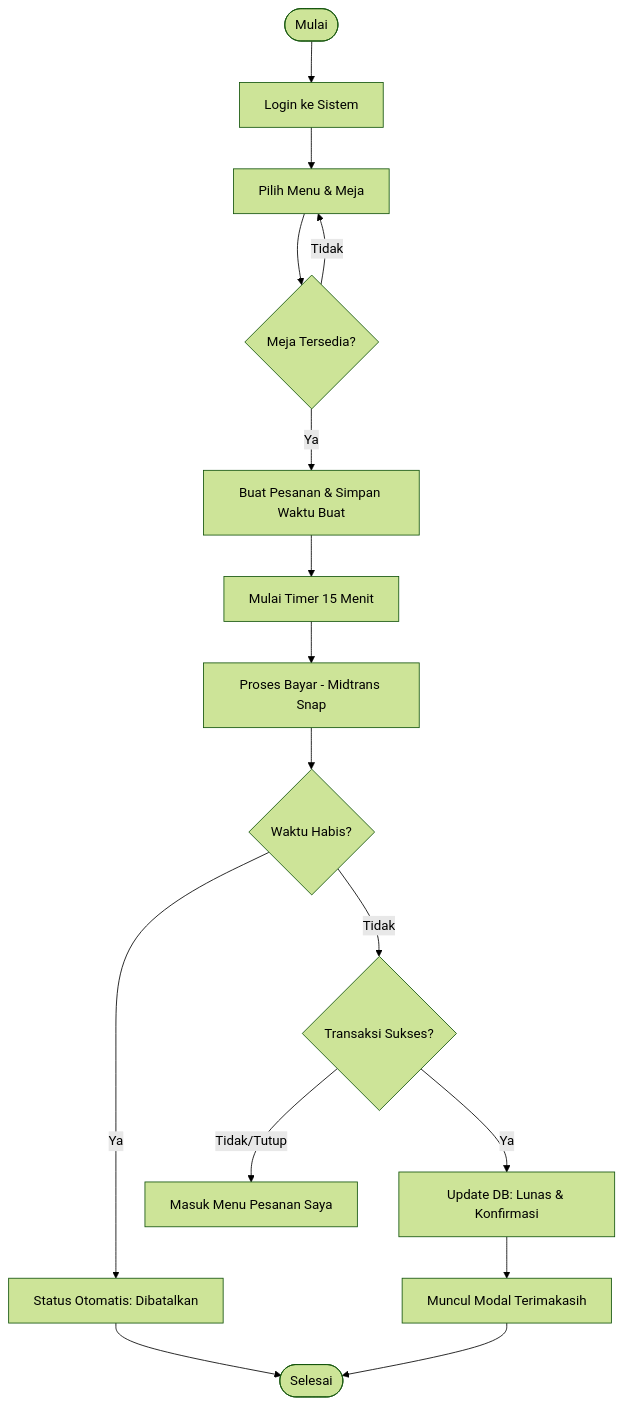
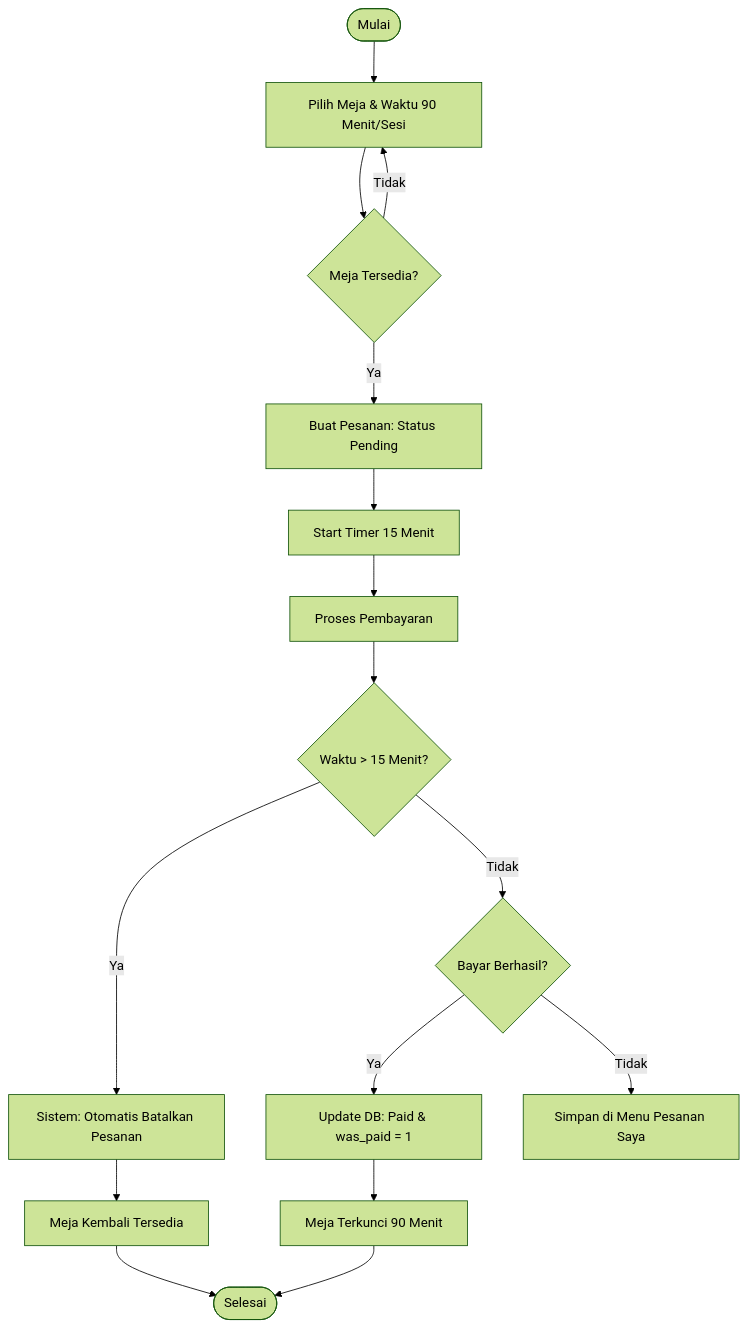
The second of 3 diagrams in DIAGRAM.md (AkbarHusaini/website-reservasi-online-Ineri-suki), drawn with Mermaid (forest theme) before and after one commit. The commit also changed other lines of this file, not shown here.

Commit message:
docs: final update for all UML diagrams (Skripsi edition)

````diff
--- a/DIAGRAM.md
+++ b/DIAGRAM.md
@@ -48,23 +53,24 @@
 ```mermaid
 flowchart TD
-    Start([Mulai]) --> Login[Login ke Sistem]
-    Login --> Browse[Pilih Menu & Meja]
-    Browse --> Check{Meja Tersedia?}
+    Start([Mulai]) --> Select[Pilih Meja & Waktu 90 Menit/Sesi]
+    Select --> Validate{Meja Tersedia?}
     
-    Check -- Tidak --> Browse
-    Check -- Ya --> Create[Buat Pesanan & Simpan Waktu Buat]
+    Validate -- Tidak --> Select
+    Validate -- Ya --> Order[Buat Pesanan: Status Pending]
     
-    Create --> Timer[Mulai Timer 15 Menit]
-    Timer --> Pay[Proses Bayar - Midtrans Snap]
+    Order --> Timer[Start Timer 15 Menit]
+    Timer --> Payment[Proses Pembayaran]
     
-    Pay --> ExpireCheck{Waktu Habis?}
-    ExpireCheck -- Ya --> Cancel[Status Otomatis: Dibatalkan]
-    ExpireCheck -- Tidak --> Result{Transaksi Sukses?}
+    Payment --> CheckExp{Waktu > 15 Menit?}
+    CheckExp -- Ya --> AutoCancel[Sistem: Otomatis Batalkan Pesanan]
+    CheckExp -- Tidak --> Success{Bayar Berhasil?}
     
-    Result -- Ya --> Update[Update DB: Lunas & Konfirmasi]
-    Result -- Tidak/Tutup --> MyOrder[Masuk Menu Pesanan Saya]
+    Success -- Ya --> Paid[Update DB: Paid & was_paid = 1]
+    Success -- Tidak --> MyOrder[Simpan di Menu Pesanan Saya]
     
-    Cancel --> End([Selesai])
-    Update --> SuccessModal[Muncul Modal Terimakasih]
-    SuccessModal --> End
+    Paid --> Confirmed[Meja Terkunci 90 Menit]
+    AutoCancel --> Release[Meja Kembali Tersedia]
+    
+    Confirmed --> End([Selesai])
+    Release --> End
 ```
````
